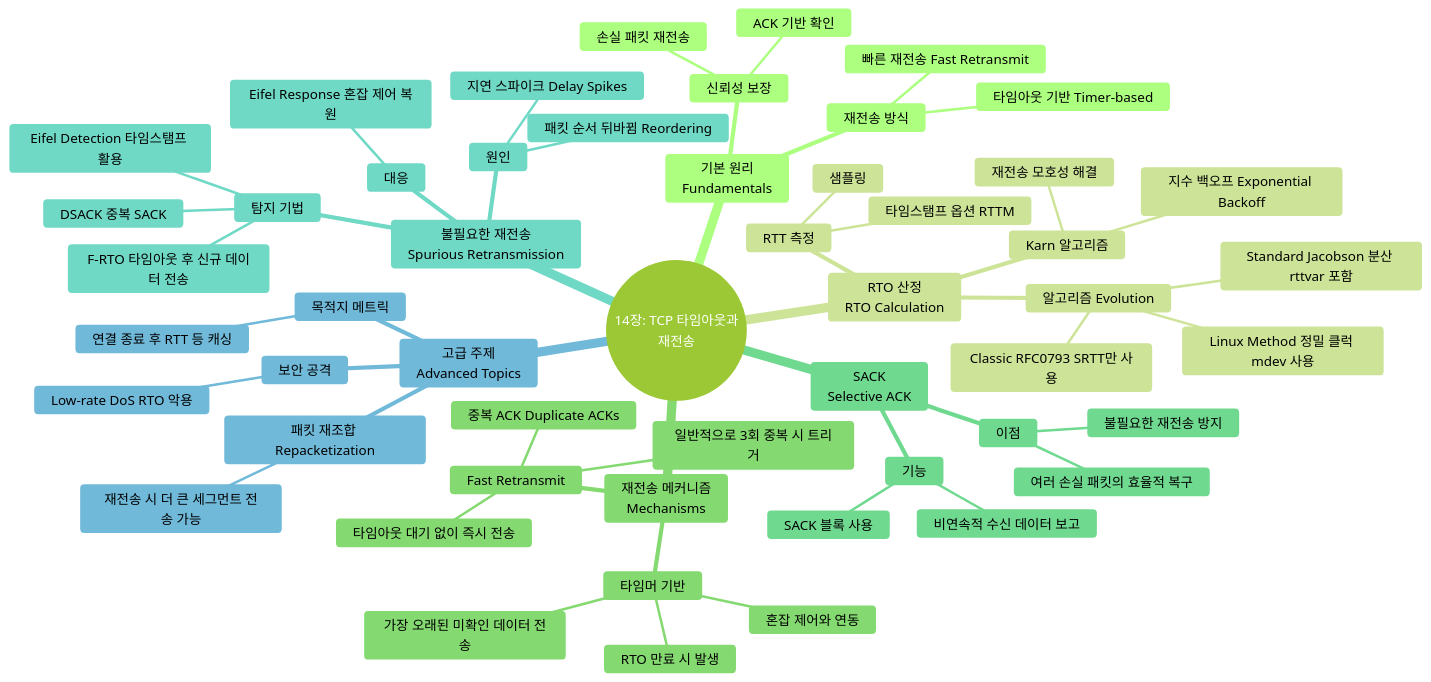
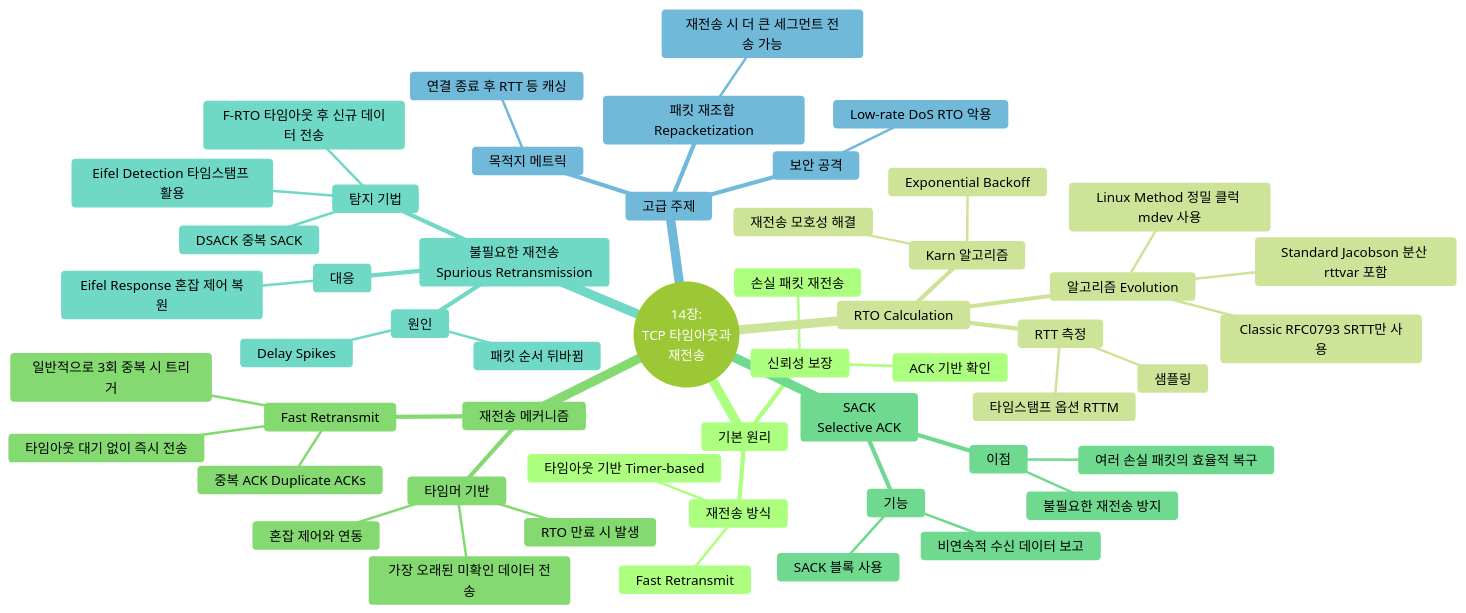
One commit to youngmin-gwon/what-i-studied changed the diagram in 01_inbox/books/tcp_ip_illustrated_1/chapter14.md. Above: the diagram before and after it, drawn with Mermaid (forest theme). The commit also changed other lines of this file and 6 other files, not shown here.

````diff
--- a/01_inbox/books/tcp_ip_illustrated_1/chapter14.md
+++ b/01_inbox/books/tcp_ip_illustrated_1/chapter14.md
@@ -13,55 +13,55 @@
 ```mermaid
 mindmap
-  root((14장: TCP 타임아웃과<br>재전송))
-    기본 원리<br>Fundamentals
+  root((14장:<br>TCP 타임아웃과<br>재전송))
+    기본 원리
       신뢰성 보장
         손실 패킷 재전송
         ACK 기반 확인
       재전송 방식
         타임아웃 기반 Timer-based
-        빠른 재전송 Fast Retransmit
-    RTO 산정<br>RTO Calculation
+        Fast Retransmit
+    RTO Calculation
       RTT 측정
         샘플링
         타임스탬프 옵션 RTTM
       알고리즘 Evolution
         Classic RFC0793 SRTT만 사용
         Standard Jacobson 분산 rttvar 포함
         Linux Method 정밀 클럭 mdev 사용
       Karn 알고리즘
         재전송 모호성 해결
-        지수 백오프 Exponential Backoff
-    재전송 메커니즘<br>Mechanisms
+        Exponential Backoff
+    재전송 메커니즘
       타임머 기반
         RTO 만료 시 발생
         가장 오래된 미확인 데이터 전송
         혼잡 제어와 연동
       Fast Retransmit
         중복 ACK Duplicate ACKs
         일반적으로 3회 중복 시 트리거
         타임아웃 대기 없이 즉시 전송
     SACK<br>Selective ACK
       기능
         비연속적 수신 데이터 보고
         SACK 블록 사용
       이점
         불필요한 재전송 방지
         여러 손실 패킷의 효율적 복구
     불필요한 재전송<br>Spurious Retransmission
       원인
-        지연 스파이크 Delay Spikes
-        패킷 순서 뒤바뀜 Reordering
+        Delay Spikes
+        패킷 순서 뒤바뀜
       탐지 기법
         DSACK 중복 SACK
         Eifel Detection 타임스탬프 활용
         F-RTO 타임아웃 후 신규 데이터 전송
       대응
         Eifel Response 혼잡 제어 복원
-    고급 주제<br>Advanced Topics
+    고급 주제
       패킷 재조합 Repacketization
         재전송 시 더 큰 세그먼트 전송 가능
       목적지 메트릭
         연결 종료 후 RTT 등 캐싱
       보안 공격
         Low-rate DoS RTO 악용
 ```
````
